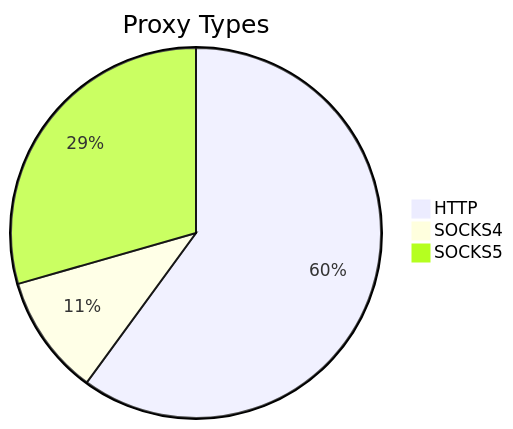
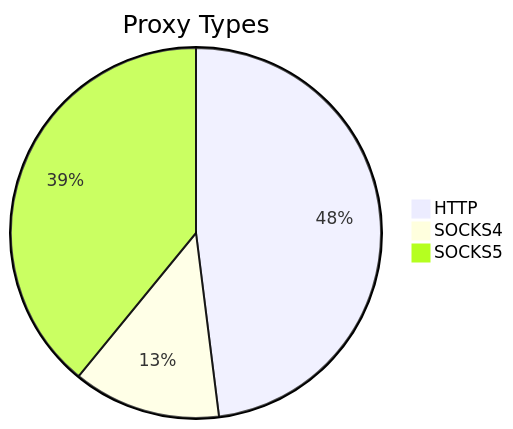
One commit to stormsia/proxy-list changed the first of 2 diagrams in README.md. Above: the diagram before and after it, drawn with Mermaid. The commit also changed other lines of this file, not shown here.

````diff
--- a/README.md
+++ b/README.md
@@ -21,6 +21,6 @@
 ```mermaid
 pie title Proxy Types
-    "HTTP" : 308
-    "SOCKS4" : 54
-    "SOCKS5" : 151
+    "HTTP" : 145
+    "SOCKS4" : 39
+    "SOCKS5" : 118
 ```
````
